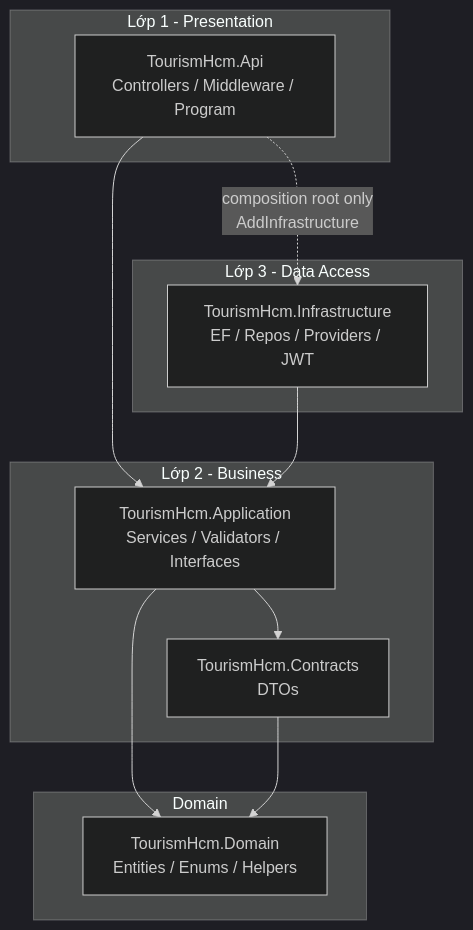
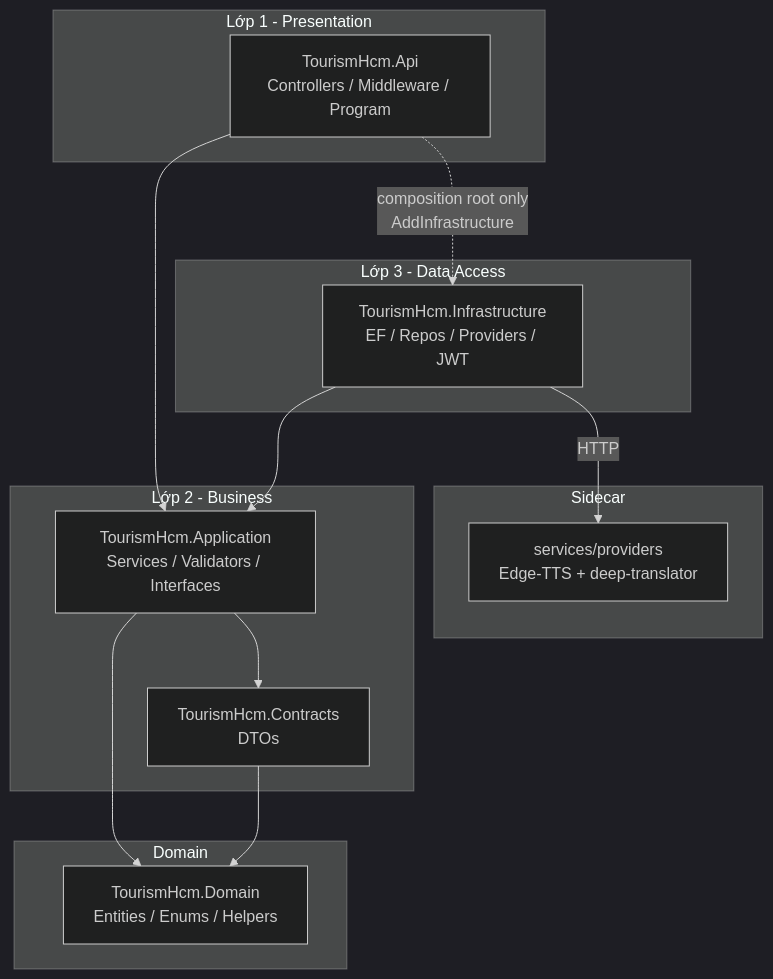
One commit to dtt0711/CNPM changed the first of 3 diagrams in docs/architecture.md. Above: the diagram before and after it, drawn with Mermaid (dark theme). The commit also changed other lines of this file and 215 other files, not shown here.

````diff
--- a/docs/architecture.md
+++ b/docs/architecture.md
@@ -5,23 +5,27 @@
 ```mermaid
 flowchart TB
   subgraph presentation [Lớp 1 - Presentation]
     Api[TourismHcm.Api<br/>Controllers / Middleware / Program]
   end
   subgraph business [Lớp 2 - Business]
     App[TourismHcm.Application<br/>Services / Validators / Interfaces]
     Contracts[TourismHcm.Contracts<br/>DTOs]
   end
   subgraph domain [Domain]
     Dom[TourismHcm.Domain<br/>Entities / Enums / Helpers]
   end
   subgraph data [Lớp 3 - Data Access]
     Infra[TourismHcm.Infrastructure<br/>EF / Repos / Providers / JWT]
   end
+  subgraph sidecar [Sidecar]
+    Prov[services/providers<br/>Edge-TTS + deep-translator]
+  end
 
   Api --> App
   Api -.->|composition root only<br/>AddInfrastructure| Infra
   App --> Dom
   App --> Contracts
   Contracts --> Dom
   Infra --> App
+  Infra -->|HTTP| Prov
 ```
````
